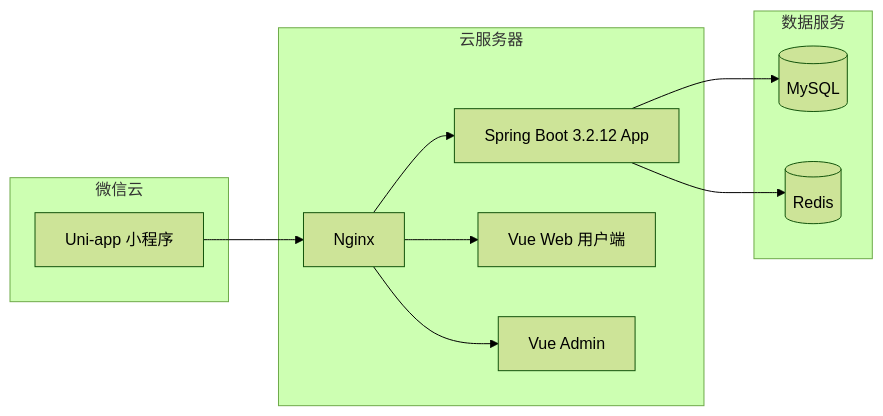
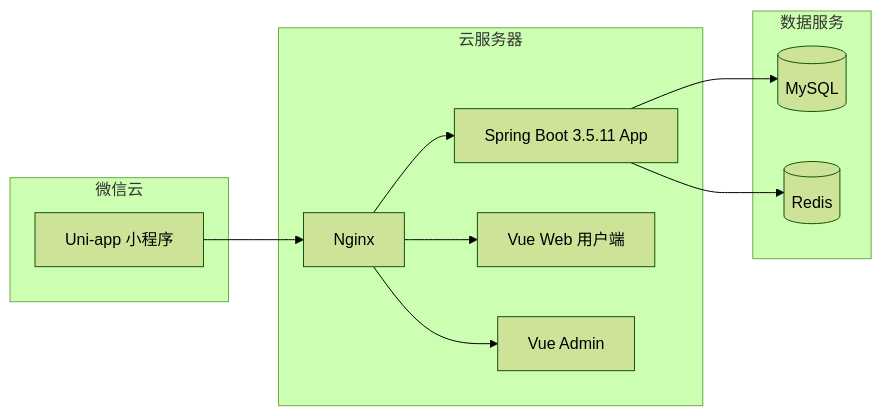
The second of 7 diagrams in .kiro/specs/travel-recommendation-system/design.md (TheayX/WayTrip), drawn with Mermaid (forest theme) before and after one commit. The commit also changed other lines of this file and 8 other files, not shown here.

````diff
--- a/.kiro/specs/travel-recommendation-system/design.md
+++ b/.kiro/specs/travel-recommendation-system/design.md
@@ -89,25 +89,25 @@
 ```mermaid
 graph LR
     subgraph 微信云
         MP[Uni-app 小程序]
     end
 
     subgraph 云服务器
         NGINX[Nginx]
-        APP[Spring Boot 3.2.12 App]
+        APP[Spring Boot 3.5.11 App]
         WEBUSER[Vue Web 用户端]
         ADMIN[Vue Admin]
     end
 
     subgraph 数据服务
         MYSQL[("MySQL")]
         REDIS[("Redis")]
     end
 
     MP --> NGINX
     NGINX --> APP
     NGINX --> WEBUSER
     NGINX --> ADMIN
     APP --> MYSQL
     APP --> REDIS
 ```
````
